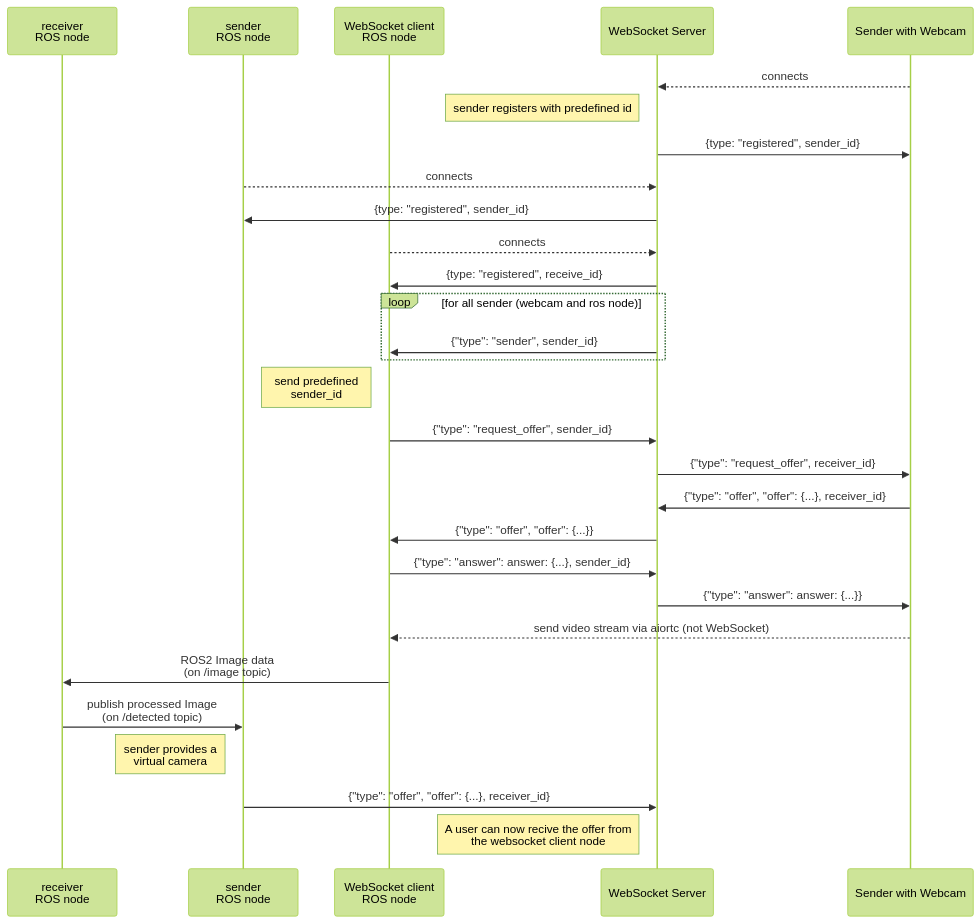
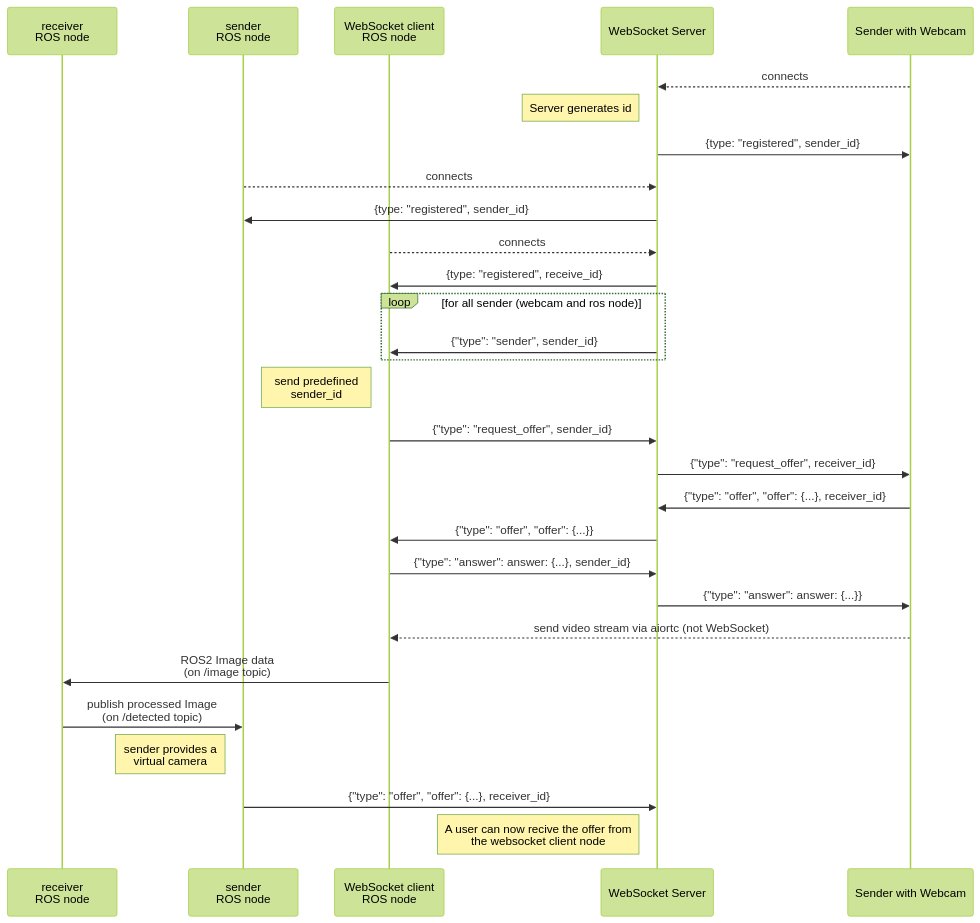
The second of 2 diagrams in README.md (brean/webrtc_bridge), drawn with Mermaid (forest theme) before and after one commit. The commit also changed other lines of this file, not shown here.

````diff
--- a/README.md
+++ b/README.md
@@ -43,32 +41,32 @@
 ```mermaid
 sequenceDiagram
     participant r as receiver<br />ROS node
     participant s as sender<br />ROS node
     participant b as WebSocket client<br /> ROS node
     participant srv as WebSocket Server
     participant snd as Sender with Webcam
     snd-->>srv: connects
-    Note left of srv: sender registers with predefined id
+    Note left of srv: Server generates id
     srv->>snd: {type: "registered", sender_id}
     s-->>srv: connects
     srv->>s: {type: "registered", sender_id}
     b-->>srv: connects
     srv->>b: {type: "registered", receive_id}
     loop for all sender (webcam and ros node)
         srv->>b: {"type": "sender", sender_id}
     end
     Note left of b: send predefined<br />sender_id
     
     b->>srv: {"type": "request_offer", sender_id}
     srv->>snd: {"type": "request_offer", receiver_id}
     snd->>srv: {"type": "offer", "offer": {...}, receiver_id}
     srv->>b: {"type": "offer", "offer": {...}}
     b->>srv: {"type": "answer": answer: {...}, sender_id}
     srv->>snd: {"type": "answer": answer: {...}}
     snd-->>b: send video stream via aiortc (not WebSocket)
     b->>r: ROS2 Image data<br />(on /image topic)
     r->>s: publish processed Image<br />(on /detected topic)
     Note left of s: sender provides a<br>virtual camera
     s->>srv: {"type": "offer", "offer": {...}, receiver_id}
     Note left of srv: A user can now recive the offer from <br/>the websocket client node
 ```
````
